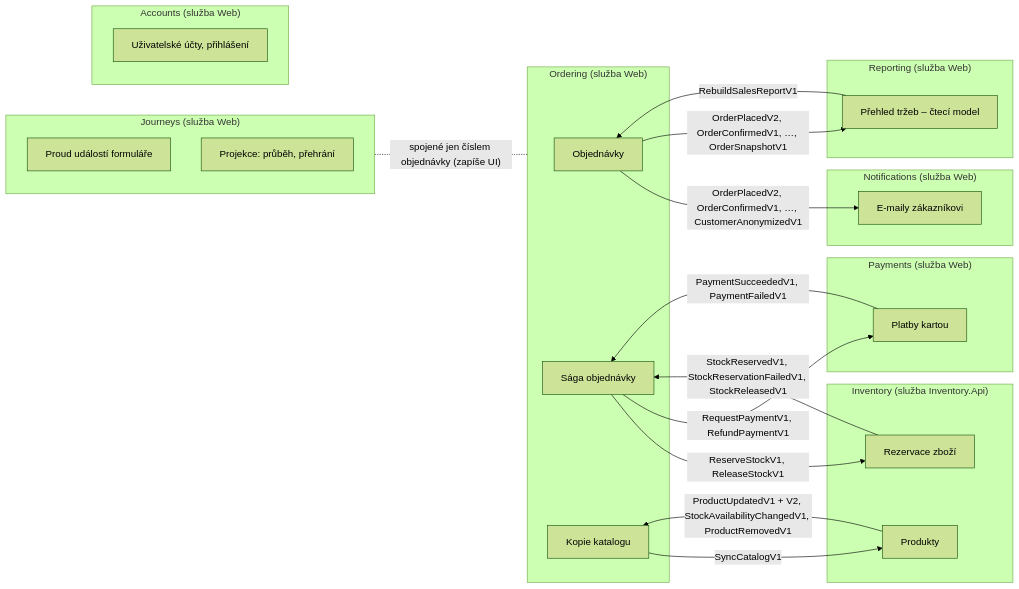
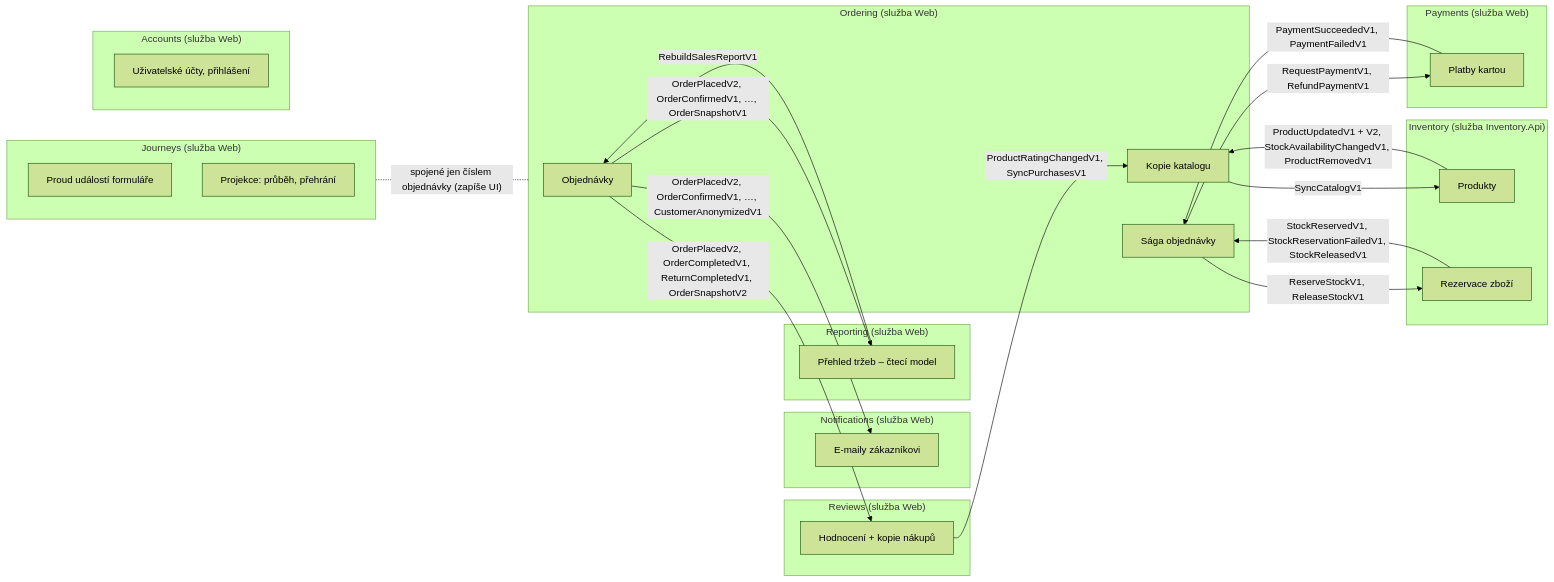
Before and after one commit to ftichy/MiniShop: the diagram in docs/prirucka/architektura/moduly/index.md, drawn with Mermaid (forest theme). The commit also changed other lines of this file and 56 other files, not shown here.

````diff
--- a/docs/prirucka/architektura/moduly/index.md
+++ b/docs/prirucka/architektura/moduly/index.md
@@ -12,52 +12,58 @@
 ```mermaid
 flowchart LR
     subgraph ord["Ordering (služba Web)"]
         o1[Objednávky]
         o2[Sága objednávky]
         o3[Kopie katalogu]
     end
     subgraph inv["Inventory (služba Inventory.Api)"]
         i1[Produkty]
         i2[Rezervace zboží]
     end
     subgraph jou["Journeys (služba Web)"]
         j1[Proud událostí formuláře]
         j2[Projekce: průběh, přehrání]
     end
 
     o2 -->|"ReserveStockV1, ReleaseStockV1"| i2
     i2 -->|"StockReservedV1, StockReservationFailedV1, StockReleasedV1"| o2
     i1 -->|"ProductUpdatedV1 + V2, StockAvailabilityChangedV1, ProductRemovedV1"| o3
     o3 -->|SyncCatalogV1| i1
     subgraph acc["Accounts (služba Web)"]
         a1[Uživatelské účty, přihlášení]
     end
     subgraph ntf["Notifications (služba Web)"]
         n1[E-maily zákazníkovi]
     end
     subgraph pay["Payments (služba Web)"]
         p1[Platby kartou]
     end
     o2 -->|"RequestPaymentV1, RefundPaymentV1"| p1
     p1 -->|"PaymentSucceededV1, PaymentFailedV1"| o2
     o1 -->|"OrderPlacedV2, OrderConfirmedV1, …, CustomerAnonymizedV1"| n1
     subgraph rep["Reporting (služba Web)"]
         r1[Přehled tržeb – čtecí model]
     end
     o1 -->|"OrderPlacedV2, OrderConfirmedV1, …, OrderSnapshotV1"| r1
     r1 -->|RebuildSalesReportV1| o1
+    subgraph rev["Reviews (služba Web)"]
+        v1[Hodnocení + kopie nákupů]
+    end
+    o1 -->|"OrderPlacedV2, OrderCompletedV1, ReturnCompletedV1, OrderSnapshotV2"| v1
+    v1 -->|"ProductRatingChangedV1, SyncPurchasesV1"| o3
 
     jou -.-|"spojené jen číslem objednávky (zapíše UI)"| ord
 
     click o2 "/Docs/eda/saga"
     click o3 "/Docs/eda/kopie-katalogu"
     click j1 "/Docs/eda/proud-udalosti"
     click o1 "/Docs/architektura/moduly/ordering"
     click i1 "/Docs/architektura/moduly/inventory"
     click i2 "/Docs/architektura/moduly/inventory"
     click j2 "/Docs/architektura/moduly/journeys"
     click a1 "/Docs/architektura/moduly/accounts"
     click n1 "/Docs/architektura/moduly/notifications"
     click p1 "/Docs/architektura/moduly/payments"
     click r1 "/Docs/architektura/moduly/reporting"
+    click v1 "/Docs/architektura/moduly/reviews"
 ```
````
